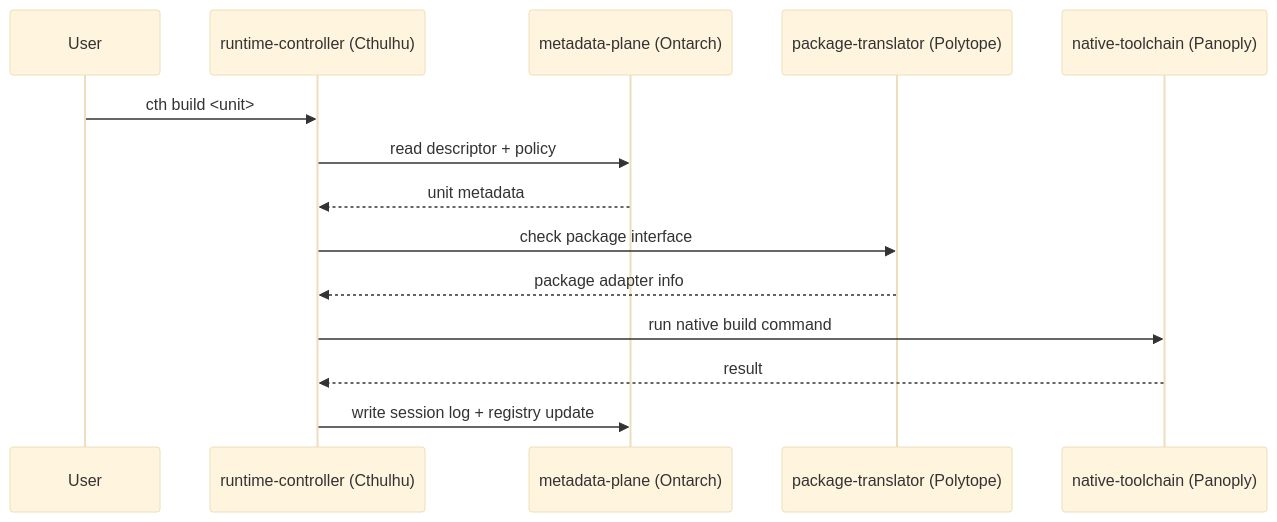
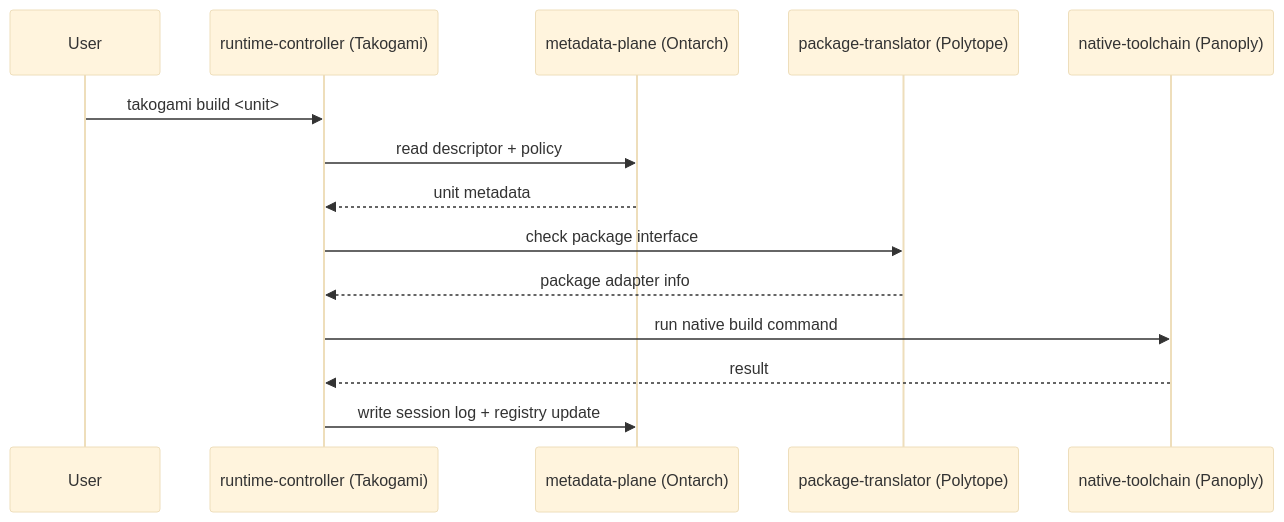
The second of 2 diagrams in docs/runtime-controller.md (luckgrid/wfos), drawn with Mermaid (base theme) before and after one commit. The commit also changed other lines of this file and 34 other files, not shown here.

Commit message:
change runtime-controller brandname from cthulhu to takogami

````diff
--- a/docs/runtime-controller.md
+++ b/docs/runtime-controller.md
@@ -99,16 +99,16 @@
 ```mermaid
 sequenceDiagram
   participant U as User
-  participant K as runtime-controller (Cthulhu)
+  participant K as runtime-controller (Takogami)
   participant C as metadata-plane (Ontarch)
   participant H as package-translator (Polytope)
   participant D as native-toolchain (Panoply)
-  U->>K: cth build <unit>
+  U->>K: takogami build <unit>
   K->>C: read descriptor + policy
   C-->>K: unit metadata
   K->>H: check package interface
   H-->>K: package adapter info
   K->>D: run native build command
   D-->>K: result
   K->>C: write session log + registry update
 ```
````
